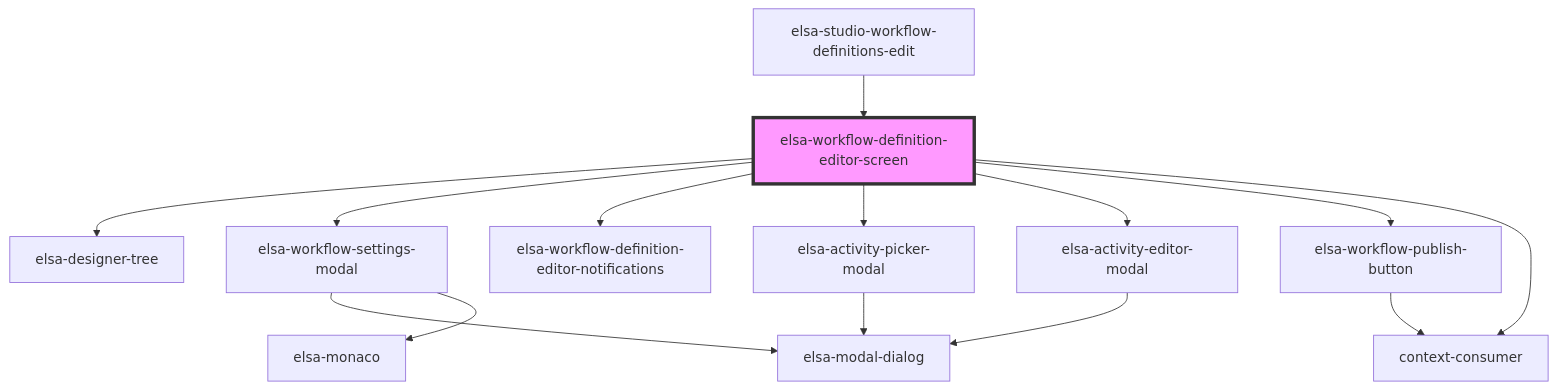
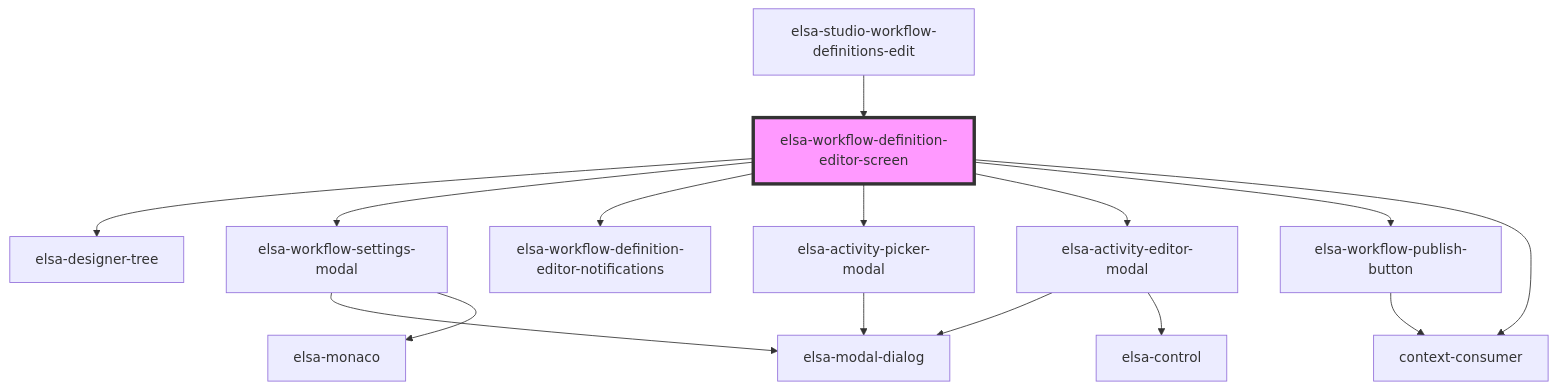
The diagram in src/designer/elsa-workflows-studio/src/components/screens/workflow-definition-editor/elsa-workflow-definition-editor-screen/readme.md (elsa-workflows/elsa-core), drawn with Mermaid before and after one commit. The commit also changed 17 other files, not shown here.

````diff
--- a/src/designer/elsa-workflows-studio/src/components/screens/workflow-definition-editor/elsa-workflow-definition-editor-screen/readme.md
+++ b/src/designer/elsa-workflows-studio/src/components/screens/workflow-definition-editor/elsa-workflow-definition-editor-screen/readme.md
@@ -85,17 +85,18 @@
 ```mermaid
 graph TD;
   elsa-workflow-definition-editor-screen --> elsa-designer-tree
   elsa-workflow-definition-editor-screen --> elsa-workflow-settings-modal
   elsa-workflow-definition-editor-screen --> elsa-workflow-definition-editor-notifications
   elsa-workflow-definition-editor-screen --> elsa-activity-picker-modal
   elsa-workflow-definition-editor-screen --> elsa-activity-editor-modal
   elsa-workflow-definition-editor-screen --> elsa-workflow-publish-button
   elsa-workflow-definition-editor-screen --> context-consumer
   elsa-workflow-settings-modal --> elsa-modal-dialog
   elsa-workflow-settings-modal --> elsa-monaco
   elsa-activity-picker-modal --> elsa-modal-dialog
   elsa-activity-editor-modal --> elsa-modal-dialog
+  elsa-activity-editor-modal --> elsa-control
   elsa-workflow-publish-button --> context-consumer
   elsa-studio-workflow-definitions-edit --> elsa-workflow-definition-editor-screen
   style elsa-workflow-definition-editor-screen fill:#f9f,stroke:#333,stroke-width:4px
 ```
````
